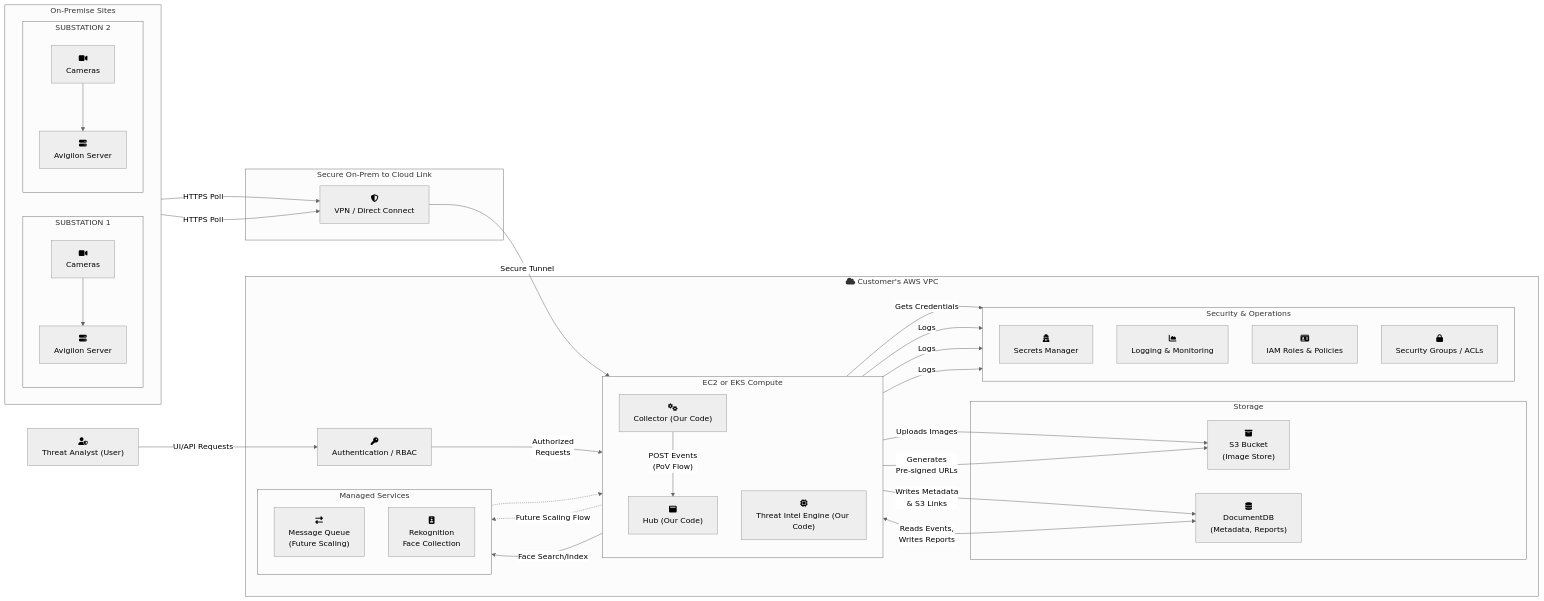
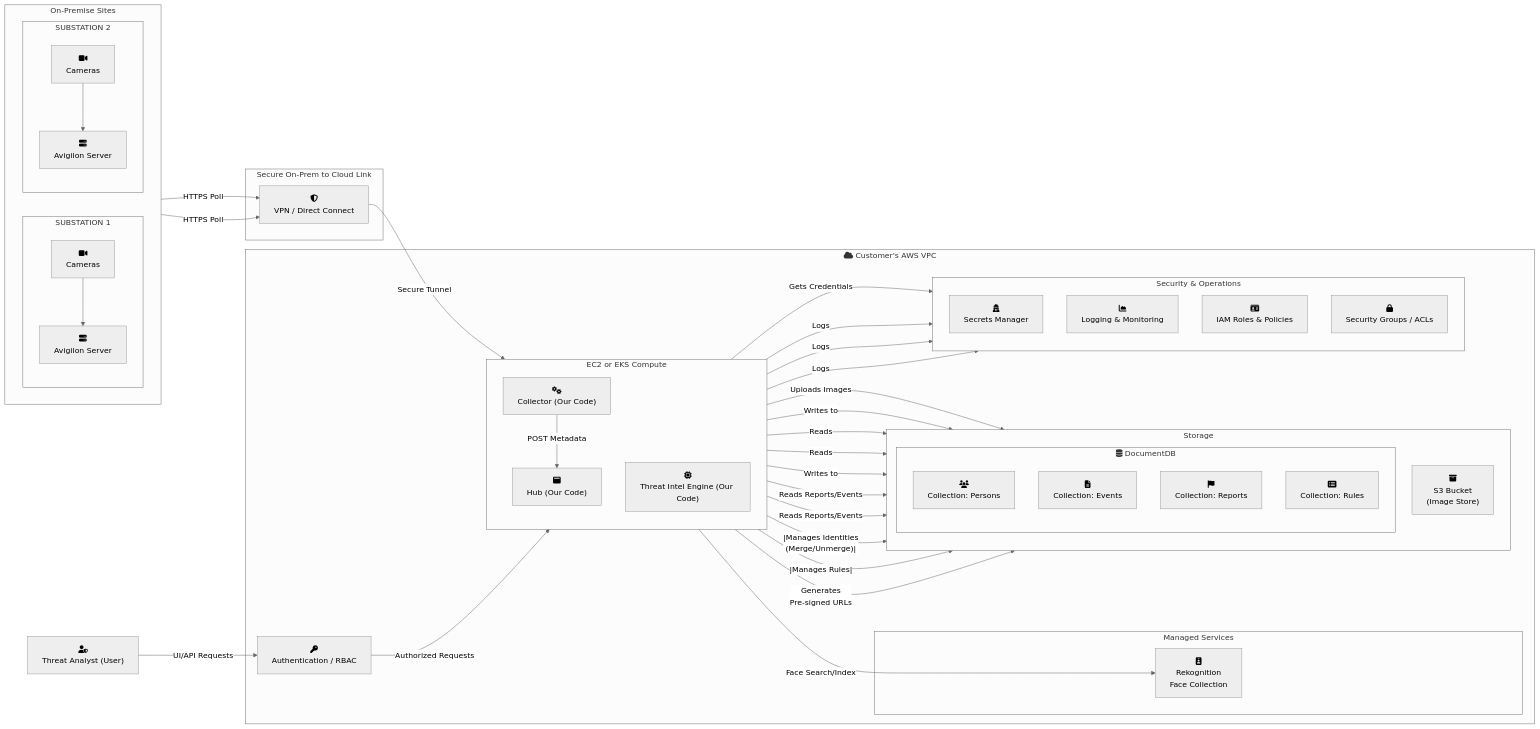
The diagram in System Diagram.md (mscdw/Duke-Backend), drawn with Mermaid before and after one commit. The commit also changed other lines of this file, not shown here.

Commit message:
Update System Diagram.md

````diff
--- a/System Diagram.md
+++ b/System Diagram.md
@@ -51,14 +53,18 @@
     end
 
     subgraph "Managed Services"
-        direction TB
-        sqs["fa:fa-exchange-alt<br>Message Queue<br>(Future Scaling)"]
         rekognition_collection["fa:fa-id-badge<br>Rekognition<br>Face Collection"]
     end
 
     subgraph "Storage"
+        direction TB
         s3_bucket["fa:fa-archive<br>S3 Bucket<br>(Image Store)"]
-        db["fa:fa-database<br>DocumentDB<br>(Metadata, Reports)"]
+        subgraph "fa:fa-database DocumentDB"
+            persons_coll["fa:fa-users<br>Collection: Persons"]
+            events_coll["fa:fa-file-alt<br>Collection: Events"]
+            reports_coll["fa:fa-flag<br>Collection: Reports"]
+            rules_coll["fa:fa-list-alt<br>Collection: Rules"]
+        end
     end
      
     subgraph "Security & Operations"
@@ -77,23 +83,27 @@
   avigilon2 -- "HTTPS Poll" --> vpn
   vpn -- "Secure Tunnel" --> collector
 
-  %% Internal Cloud Flow
-  collector -- "POST Events<br>(PoV Flow)" --> hub
-  collector -. "Future Scaling Flow" .-> sqs
-  sqs -.-> hub
+  %% Core Data Flow
   collector -- "Gets Credentials" --> secrets_manager
   collector -- "Uploads Images" --> s3_bucket
   collector -- "Face Search/Index" --> rekognition_collection
-  hub -- "Writes Metadata<br>& S3 Links" --> db
-  threat_intel_engine <--> |"Reads Events,<br>Writes Reports"| db
+  collector -- "POST Metadata" --> hub
+  hub -- "Writes to" --> events_coll
+  
+  %% Analysis Flow
+  threat_intel_engine -- "Reads" --> events_coll
+  threat_intel_engine -- "Reads" --> rules_coll
+  threat_intel_engine -- "Writes to" --> reports_coll
+  
+  %% User Interaction & Management
+  human_analyst -- "UI/API Requests" --> rbac
+  rbac -- "Authorized Requests" --> hub
+  hub -- "Reads Reports/Events" --> reports_coll
+  hub -- "Reads Reports/Events" --> events_coll
+  hub -- "|Manages Identities<br>(Merge/Unmerge)|" --> persons_coll
+  hub -- "|Manages Rules|" --> rules_coll
   hub -- "Generates<br>Pre-signed URLs" --> s3_bucket
-  
-  %% User Interaction
-  human_analyst -- "UI/API Requests" --> rbac
-  rbac -- "Authorized<br>Requests" --> hub
 
   %% Operations Flow
-  collector -- "Logs" --> cloudwatch
-  hub -- "Logs" --> cloudwatch
-  threat_intel_engine -- "Logs" --> cloudwatch
+  collector & hub & threat_intel_engine -- "Logs" --> cloudwatch
 ```
````
